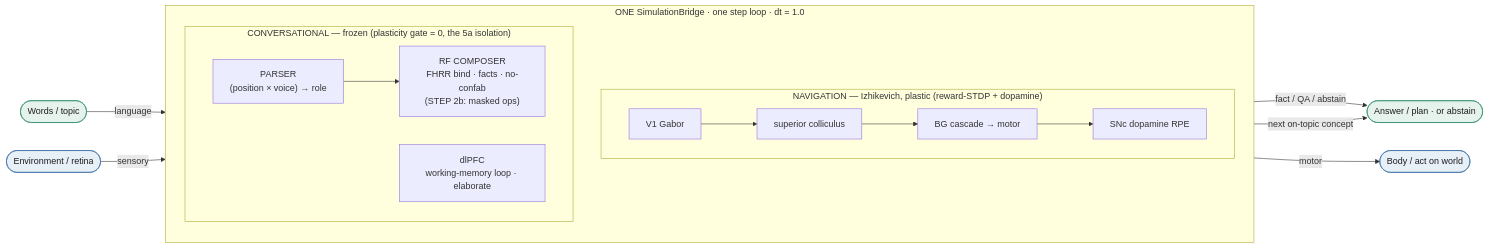
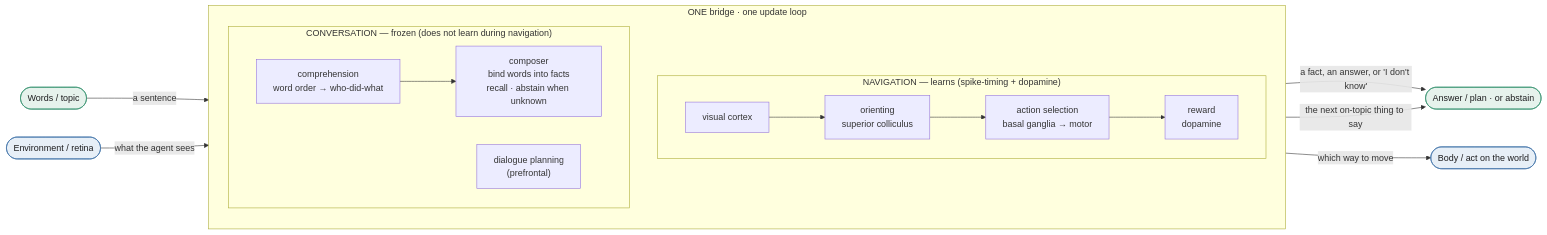
Before and after one commit to danthi123/neural-simulator: the first of 2 diagrams in docs/ARCHITECTURE_nav_conv_merge.md, drawn with Mermaid. The commit also changed other lines of this file and 3 other files, not shown here.

````diff
--- a/docs/ARCHITECTURE_nav_conv_merge.md
+++ b/docs/ARCHITECTURE_nav_conv_merge.md
@@ -10,32 +14,32 @@
 ```mermaid
 flowchart LR
     Env([Environment / retina]):::nav
     Words([Words / topic]):::conv
 
-    subgraph Bridge["ONE SimulationBridge · one step loop · dt = 1.0"]
+    subgraph Bridge["ONE bridge · one update loop"]
         direction TB
-        subgraph Nav["NAVIGATION — Izhikevich, plastic (reward-STDP + dopamine)"]
+        subgraph Nav["NAVIGATION — learns (spike-timing + dopamine)"]
             direction LR
-            V1[V1 Gabor] --> SC[superior colliculus] --> BG[BG cascade → motor] --> SNc[SNc dopamine RPE]
+            V1[visual cortex] --> SC[orienting<br/>superior colliculus] --> BG[action selection<br/>basal ganglia → motor] --> DA[reward<br/>dopamine]
         end
-        subgraph Conv["CONVERSATIONAL — frozen (plasticity gate = 0, the 5a isolation)"]
+        subgraph Conv["CONVERSATION — frozen (does not learn during navigation)"]
             direction LR
-            PARSER["PARSER<br/>(position × voice) → role"] --> RF["RF COMPOSER<br/>FHRR bind · facts · no-confab<br/>(STEP 2b: masked ops)"]
-            DLPFC["dlPFC<br/>working-memory loop · elaborate"]
+            PARSER["comprehension<br/>word order → who-did-what"] --> RF["composer<br/>bind words into facts<br/>recall · abstain when unknown"]
+            DLPFC["dialogue planning<br/>(prefrontal)"]
         end
     end
 
-    Body([Body / act on world]):::nav
+    Body([Body / act on the world]):::nav
     Answer([Answer / plan · or abstain]):::conv
 
-    Env -->|sensory| Nav
-    Nav -->|motor| Body
-    Words -->|language| PARSER
-    RF -->|fact / QA / abstain| Answer
-    DLPFC -->|next on-topic concept| Answer
+    Env -->|what the agent sees| Nav
+    Nav -->|which way to move| Body
+    Words -->|a sentence| PARSER
+    RF -->|a fact, an answer, or 'I don't know'| Answer
+    DLPFC -->|the next on-topic thing to say| Answer
 
     classDef nav fill:#e7eff7,stroke:#3b6ea5,color:#1d1d1f;
     classDef conv fill:#e6f2ec,stroke:#2f8f6b,color:#1d1d1f;
     class Env,Body nav
     class Words,Answer conv
 ```
````
